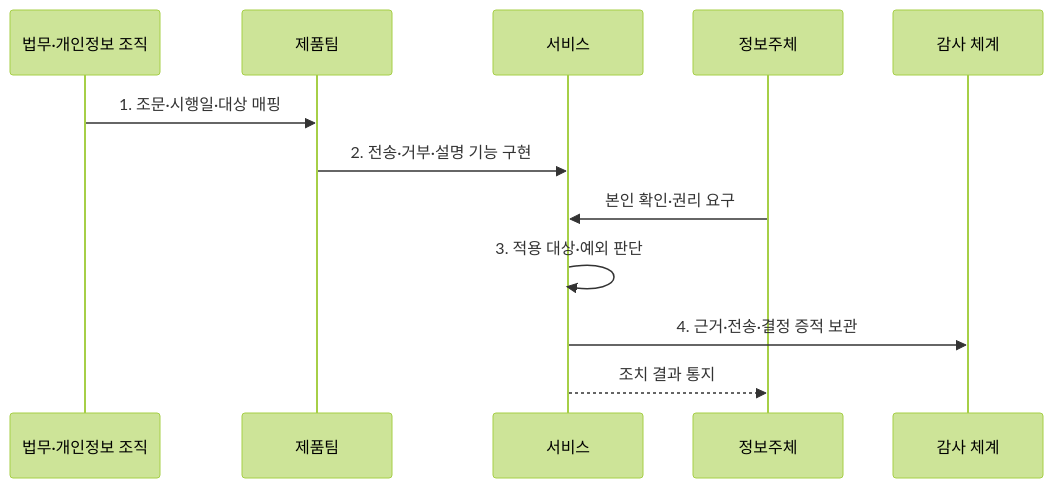
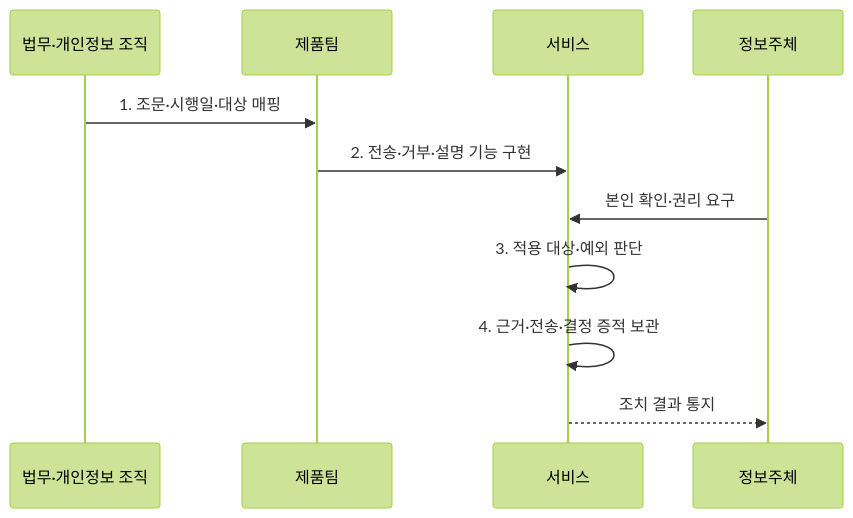
One commit to agnusdei1207/knowledge-base changed the second of 2 diagrams in src/content/docs/notes/05-security/095_pipa_2023_amendment.md. Above: the diagram before and after it, drawn with Mermaid (forest theme). The commit also changed 9 other files, not shown here.

Commit message:
Streamline privacy governance sequences

````diff
--- a/src/content/docs/notes/05-security/095_pipa_2023_amendment.md
+++ b/src/content/docs/notes/05-security/095_pipa_2023_amendment.md
@@ -98,14 +98,13 @@
 ```mermaid
 sequenceDiagram
     participant L as 법무·개인정보 조직
     participant P as 제품팀
     participant S as 서비스
     participant U as 정보주체
-    participant A as 감사 체계
     L->>P: 1. 조문·시행일·대상 매핑
     P->>S: 2. 전송·거부·설명 기능 구현
     U->>S: 본인 확인·권리 요구
     S->>S: 3. 적용 대상·예외 판단
-    S->>A: 4. 근거·전송·결정 증적 보관
+    S->>S: 4. 근거·전송·결정 증적 보관
     S-->>U: 조치 결과 통지
 ```
````
